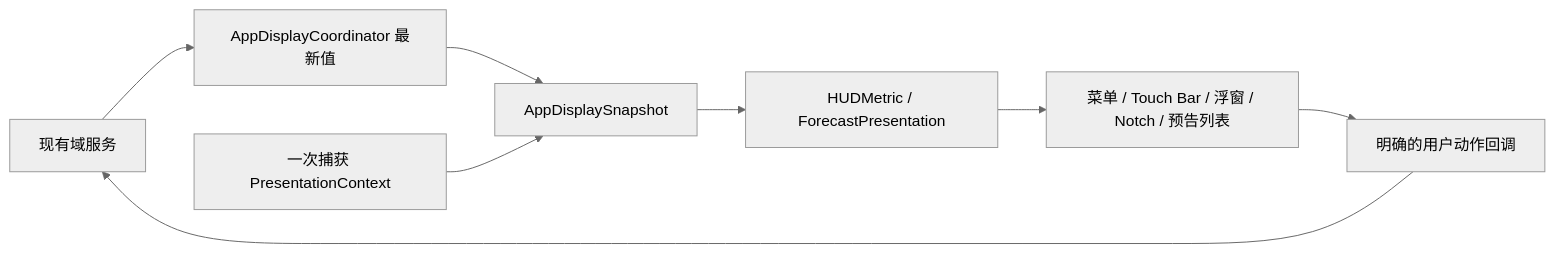
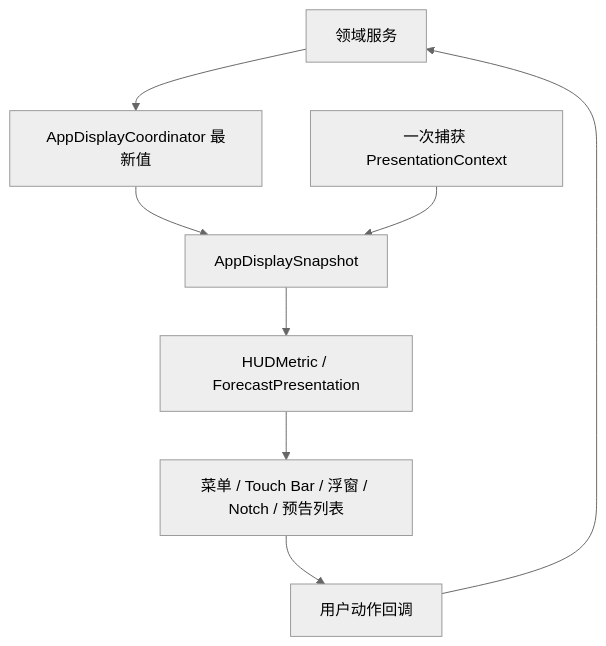
The diagram in Documentation/APP-ARCHITECTURE.md (zz-zed/GPT-TouchBar-hud), drawn with Mermaid (neutral theme) before and after one commit. The commit also changed other lines of this file and 30 other files, not shown here.

````diff
--- a/Documentation/APP-ARCHITECTURE.md
+++ b/Documentation/APP-ARCHITECTURE.md
@@ -17,10 +17,10 @@
 ```mermaid
-flowchart LR
-    A[现有域服务] --> B[AppDisplayCoordinator 最新值]
+flowchart TD
+    A["领域服务"] --> B["AppDisplayCoordinator 最新值"]
     B --> C[AppDisplaySnapshot]
-    D[一次捕获 PresentationContext] --> C
-    C --> E[HUDMetric / ForecastPresentation]
-    E --> F[菜单 / Touch Bar / 浮窗 / Notch / 预告列表]
-    F --> G[明确的用户动作回调]
+    D["一次捕获 PresentationContext"] --> C
+    C --> E["HUDMetric / ForecastPresentation"]
+    E --> F["菜单 / Touch Bar / 浮窗 / Notch / 预告列表"]
+    F --> G["用户动作回调"]
     G --> A
 ```
````
